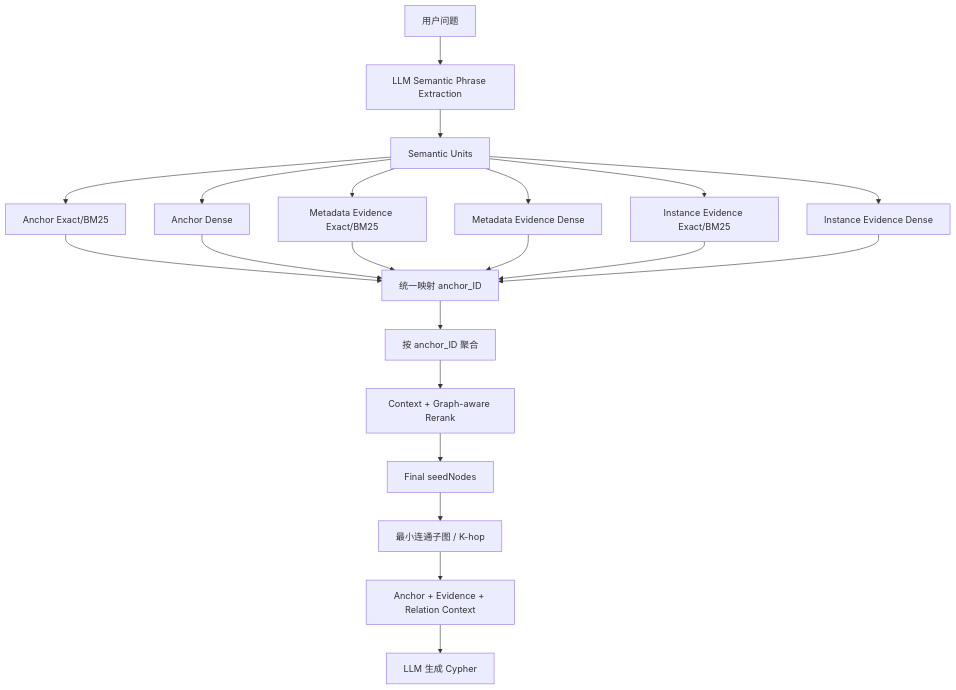
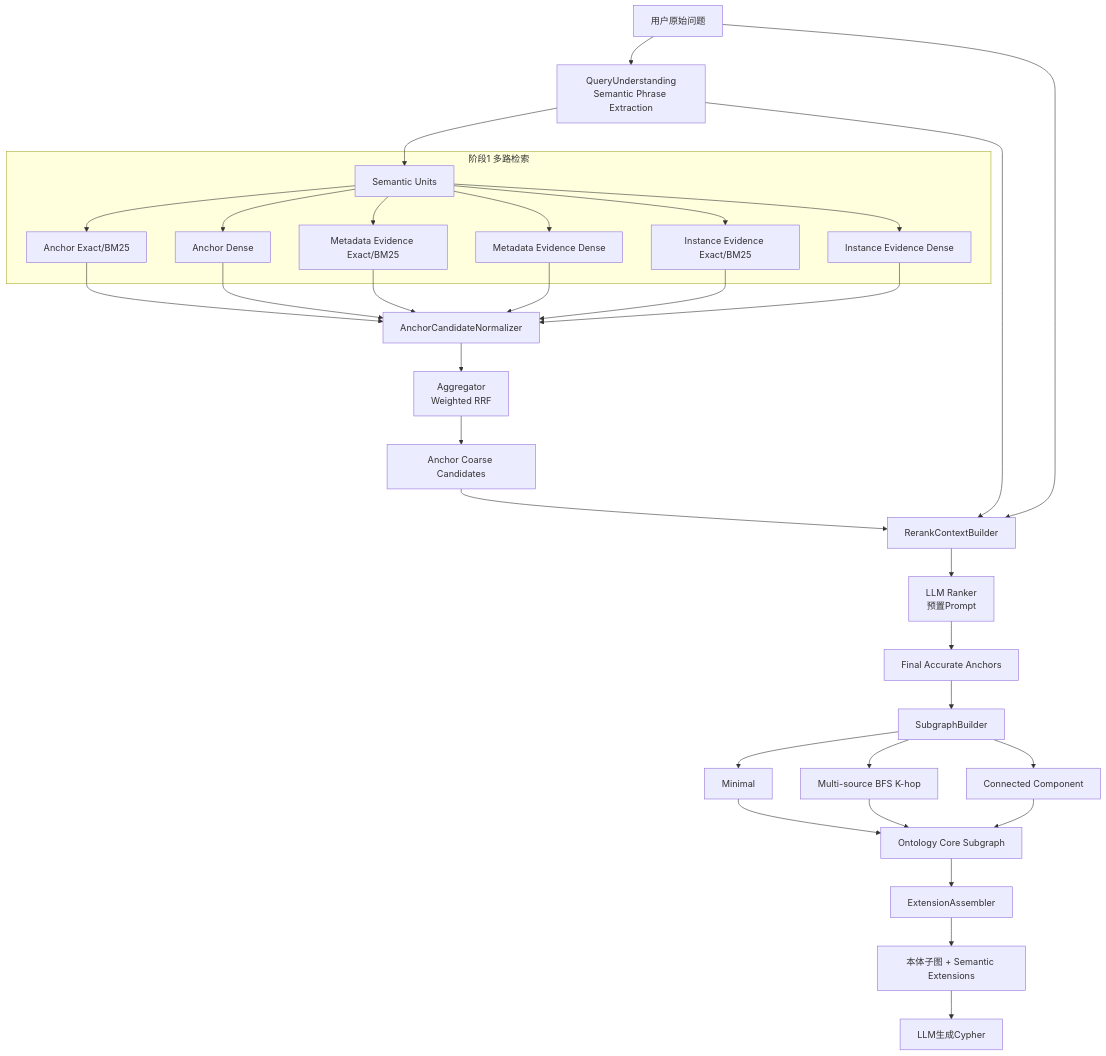
One commit to cfwl100/onology_dsl changed the first of 2 diagrams in docs/OAG本体锚点语义检索与向量索引设计方案.md. Above: the diagram before and after it, drawn with Mermaid. The commit also changed other lines of this file, not shown here.

Commit message:
完善OAG混合检索精排与本体子图构建设计

````diff
--- a/docs/OAG本体锚点语义检索与向量索引设计方案.md
+++ b/docs/OAG本体锚点语义检索与向量索引设计方案.md
@@ -2266,29 +55,42 @@
 ```mermaid
 flowchart TD
+    Q[用户原始问题] --> QU[QueryUnderstanding\nSemantic Phrase Extraction]
+    QU --> U[Semantic Units]
 
-Q[用户问题]
---> LLM[LLM Semantic Phrase Extraction]
+    subgraph R[阶段1 多路检索]
+      U --> AE[Anchor Exact/BM25]
+      U --> AV[Anchor Dense]
+      U --> ME[Metadata Evidence Exact/BM25]
+      U --> MV[Metadata Evidence Dense]
+      U --> IE[Instance Evidence Exact/BM25]
+      U --> IV[Instance Evidence Dense]
+    end
 
-LLM --> U[Semantic Units]
+    AE --> N[AnchorCandidateNormalizer]
+    AV --> N
+    ME --> N
+    MV --> N
+    IE --> N
+    IV --> N
 
-U --> AE[Anchor Exact/BM25]
-U --> AV[Anchor Dense]
-U --> ME[Metadata Evidence Exact/BM25]
-U --> MV[Metadata Evidence Dense]
-U --> IE[Instance Evidence Exact/BM25]
-U --> IV[Instance Evidence Dense]
+    N --> A[Aggregator\nWeighted RRF]
+    A --> C[Anchor Coarse Candidates]
 
-AE --> MAP[统一映射 anchor_ID]
-AV --> MAP
-ME --> MAP
-MV --> MAP
-IE --> MAP
-IV --> MAP
+    C --> CB[RerankContextBuilder]
+    Q --> CB
+    QU --> CB
+    CB --> LR[LLM Ranker\n预置Prompt]
+    LR --> FA[Final Accurate Anchors]
 
-MAP --> AGG[按 anchor_ID 聚合]
-AGG --> RR[Context + Graph-aware Rerank]
-RR --> SEED[Final seedNodes]
-SEED --> GRAPH[最小连通子图 / K-hop]
-GRAPH --> CTX[Anchor + Evidence + Relation Context]
-CTX --> CY[LLM 生成 Cypher]
+    FA --> SB[SubgraphBuilder]
+    SB --> M[Minimal]
+    SB --> K[Multi-source BFS K-hop]
+    SB --> CP[Connected Component]
+    M --> CORE[Ontology Core Subgraph]
+    K --> CORE
+    CP --> CORE
+
+    CORE --> EX[ExtensionAssembler]
+    EX --> OUT[本体子图 + Semantic Extensions]
+    OUT --> CY[LLM生成Cypher]
 ```
````
